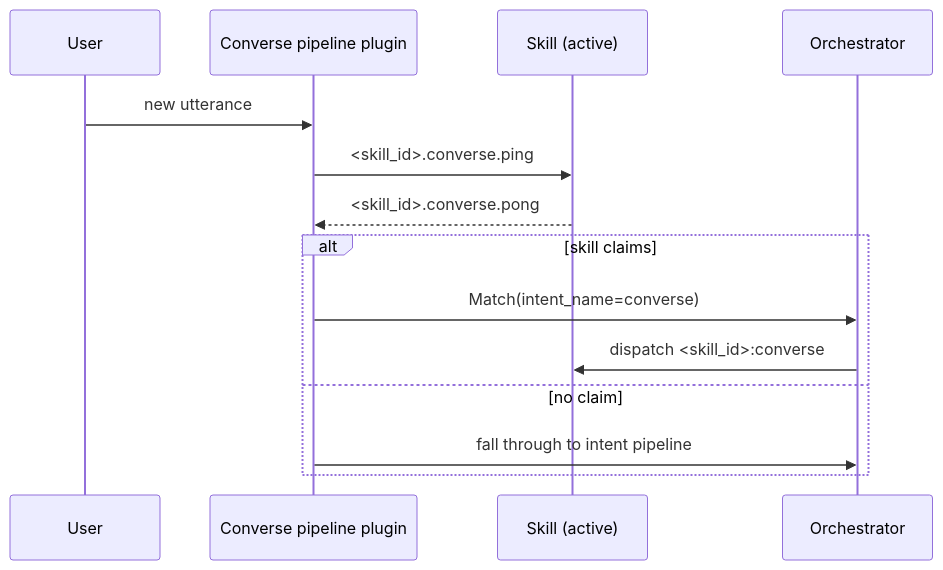
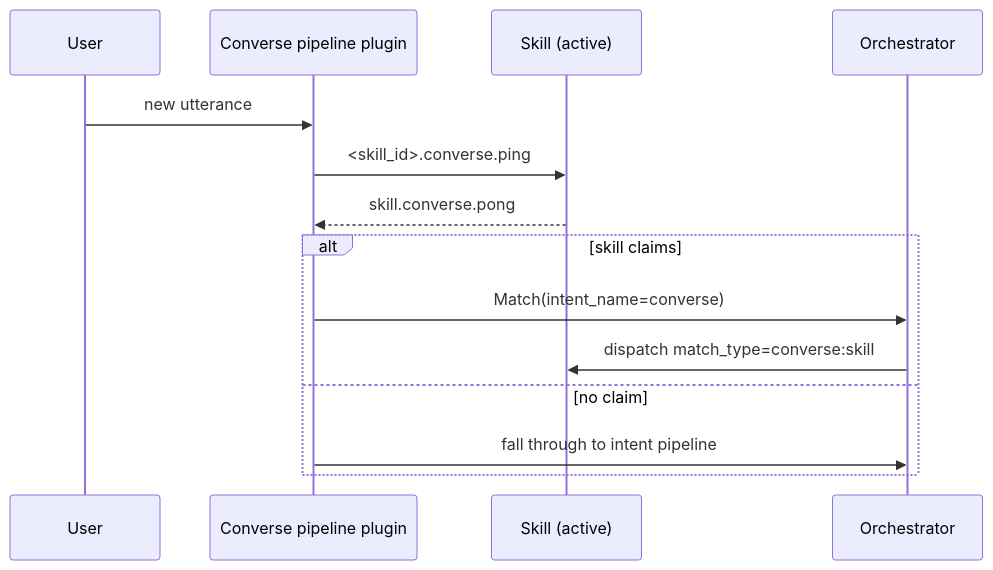
Before and after one commit to OpenVoiceOS/beta-technical-manual: the diagram in docs/converse.md, drawn with Mermaid. The commit also changed other lines of this file and 7 other files, not shown here.

````diff
--- a/docs/converse.md
+++ b/docs/converse.md
@@ -15,16 +15,16 @@
     ```mermaid
     sequenceDiagram
         participant U as User
         participant P as Converse pipeline plugin
         participant S as Skill (active)
         participant O as Orchestrator
         U->>P: new utterance
         P->>S: <skill_id>.converse.ping
-        S-->>P: <skill_id>.converse.pong
+        S-->>P: skill.converse.pong
         alt skill claims
             P->>O: Match(intent_name=converse)
-            O->>S: dispatch <skill_id>:converse
+            O->>S: dispatch match_type=converse:skill
         else no claim
             P->>O: fall through to intent pipeline
         end
     ```
````
